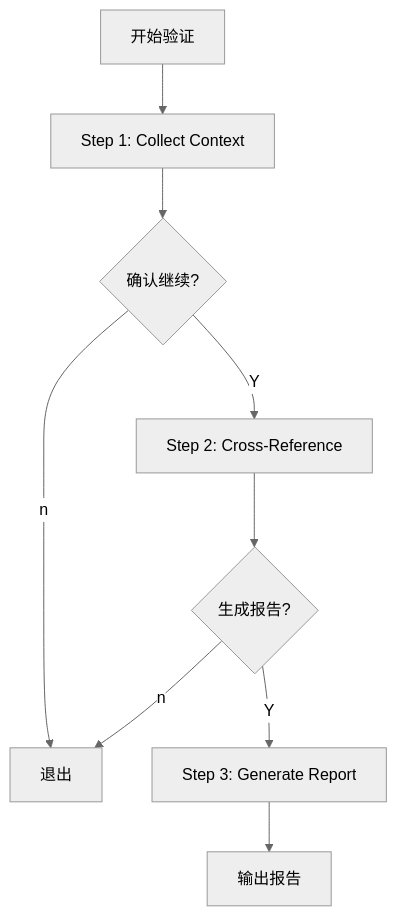
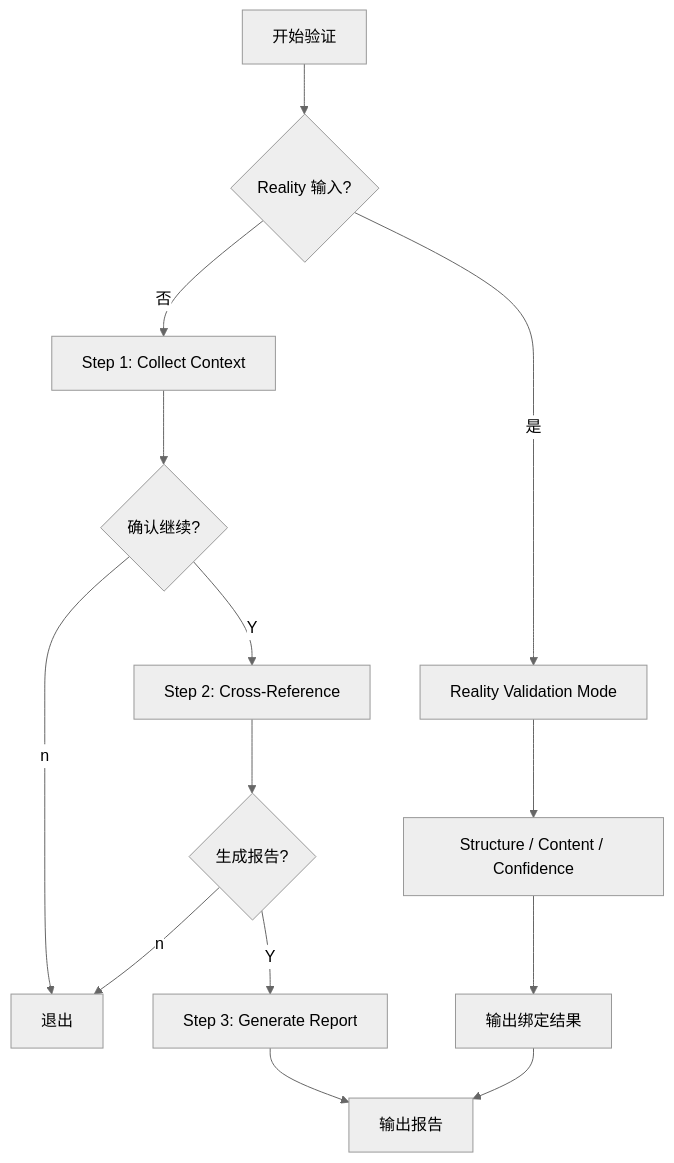
The diagram in .agents/skills/integrated-validator/references/cross-validate.workflow.md (Idea-Maglev/maglev), drawn with Mermaid (neutral theme) before and after one commit. The commit also changed other lines of this file and 782 other files, not shown here.

````diff
--- a/.agents/skills/integrated-validator/references/cross-validate.workflow.md
+++ b/.agents/skills/integrated-validator/references/cross-validate.workflow.md
@@ -9,11 +9,16 @@
 ```mermaid
 graph TD
-    Start[开始验证] --> S1[Step 1: Collect Context]
+    Start[开始验证] --> Mode{Reality 输入?}
+    Mode -->|否| S1[Step 1: Collect Context]
+    Mode -->|是| R1[Reality Validation Mode]
     S1 --> C1{确认继续?}
     C1 -->|Y| S2[Step 2: Cross-Reference]
     C1 -->|n| Exit[退出]
     S2 --> C2{生成报告?}
     C2 -->|Y| S3[Step 3: Generate Report]
     C2 -->|n| Exit
     S3 --> End[输出报告]
+    R1 --> R2[Structure / Content / Confidence]
+    R2 --> R3[输出绑定结果]
+    R3 --> End
 ```
````
